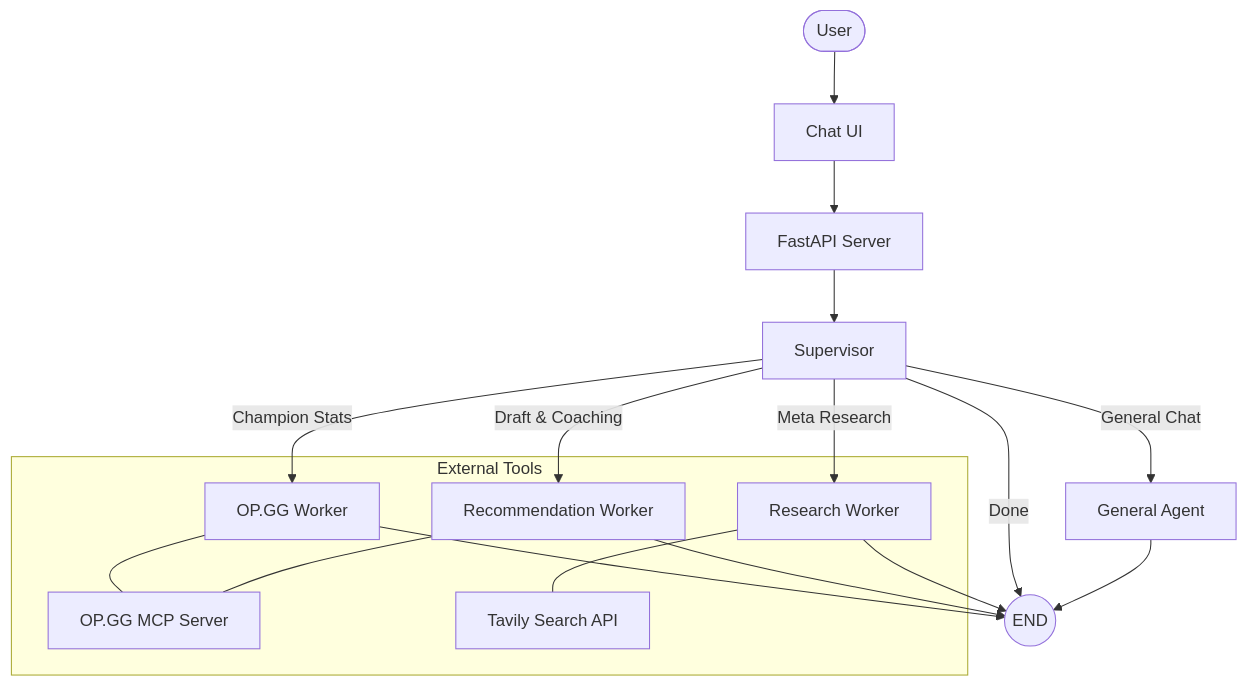
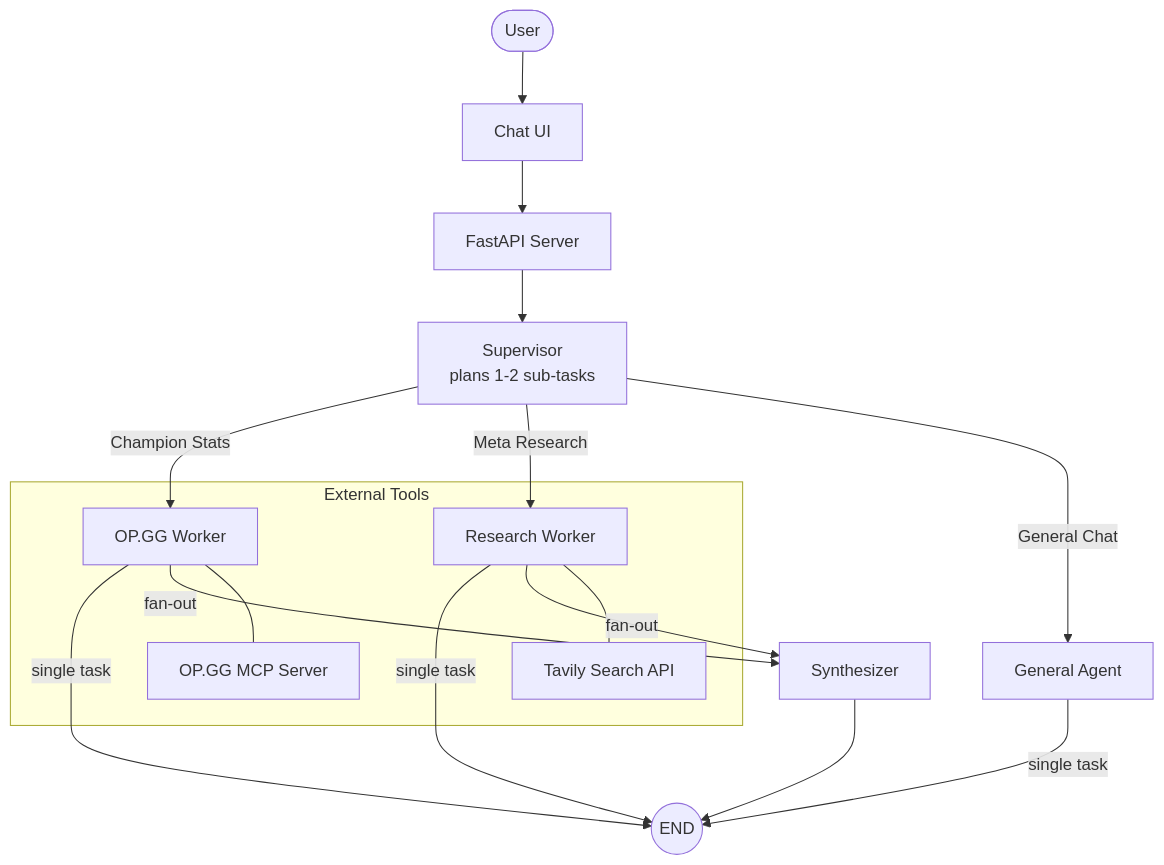
One commit to AhmadKElsayed/League-of-Legends-Agent changed the diagram in README.md. Above: the diagram before and after it, drawn with Mermaid. The commit also changed other lines of this file and 17 other files, not shown here.

First line of the commit message:
feat(agent): planning supervisor with parallel fan-out and a synthesizer

````diff
--- a/README.md
+++ b/README.md
@@ -20,23 +25,23 @@
 ```mermaid
 graph TD
     USER([User]) --> UI[Chat UI]
     UI --> API[FastAPI Server]
-    API --> Supervisor[Supervisor]
+    API --> Supervisor[Supervisor<br/>plans 1-2 sub-tasks]
 
     Supervisor -->|Champion Stats| OPGGWorker[OP.GG Worker]
-    Supervisor -->|Draft & Coaching| RecommendationWorker[Recommendation Worker]
     Supervisor -->|Meta Research| ResearchWorker[Research Worker]
     Supervisor -->|General Chat| GeneralAgent[General Agent]
-    Supervisor -->|Done| END((END))
 
-    OPGGWorker --> END
-    RecommendationWorker --> END
-    ResearchWorker --> END
-    GeneralAgent --> END
+    OPGGWorker -->|single task| END((END))
+    ResearchWorker -->|single task| END
+    GeneralAgent -->|single task| END
+
+    OPGGWorker -->|fan-out| Synthesizer[Synthesizer]
+    ResearchWorker -->|fan-out| Synthesizer
+    Synthesizer --> END
 
     subgraph "External Tools"
         OPGGWorker --- MCP[OP.GG MCP Server]
-        RecommendationWorker --- MCP
         ResearchWorker --- Tavily[Tavily Search API]
     end
 ```
````
